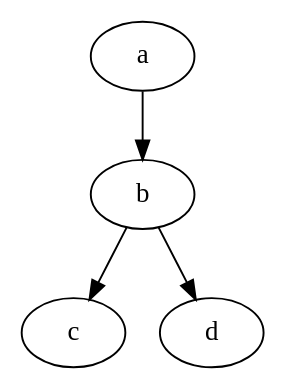
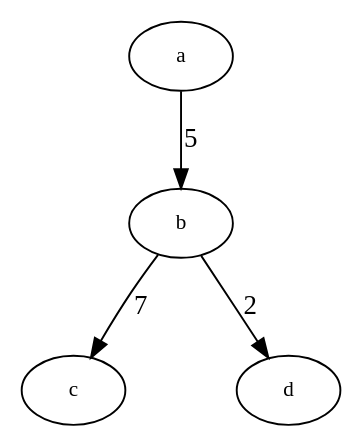
Before and after one commit to alessandro11/graph-ci065-2s-16-Dijkstra: the diagram in graph-examples/digraph/d.dot, drawn with Graphviz.

Commit message:
Add label to the d.dot graph.

```diff
--- a/graph-examples/digraph/d.dot
+++ b/graph-examples/digraph/d.dot
@@ -1,5 +1,11 @@
 strict digraph "d" {
-	a -> b ["peso"=5]
-	b -> c ["peso"=7]
-	b -> d ["peso"=2]
+	splines=true;
+	sep="+25,25";
+	overlap=scalexy;
+	nodesep=0.8;
+	node [fontsize=11];
+
+	a -> b ["peso"=5, label=5]
+	b -> c ["peso"=7, label=7]
+	b -> d ["peso"=2, label=2]
 }
```
